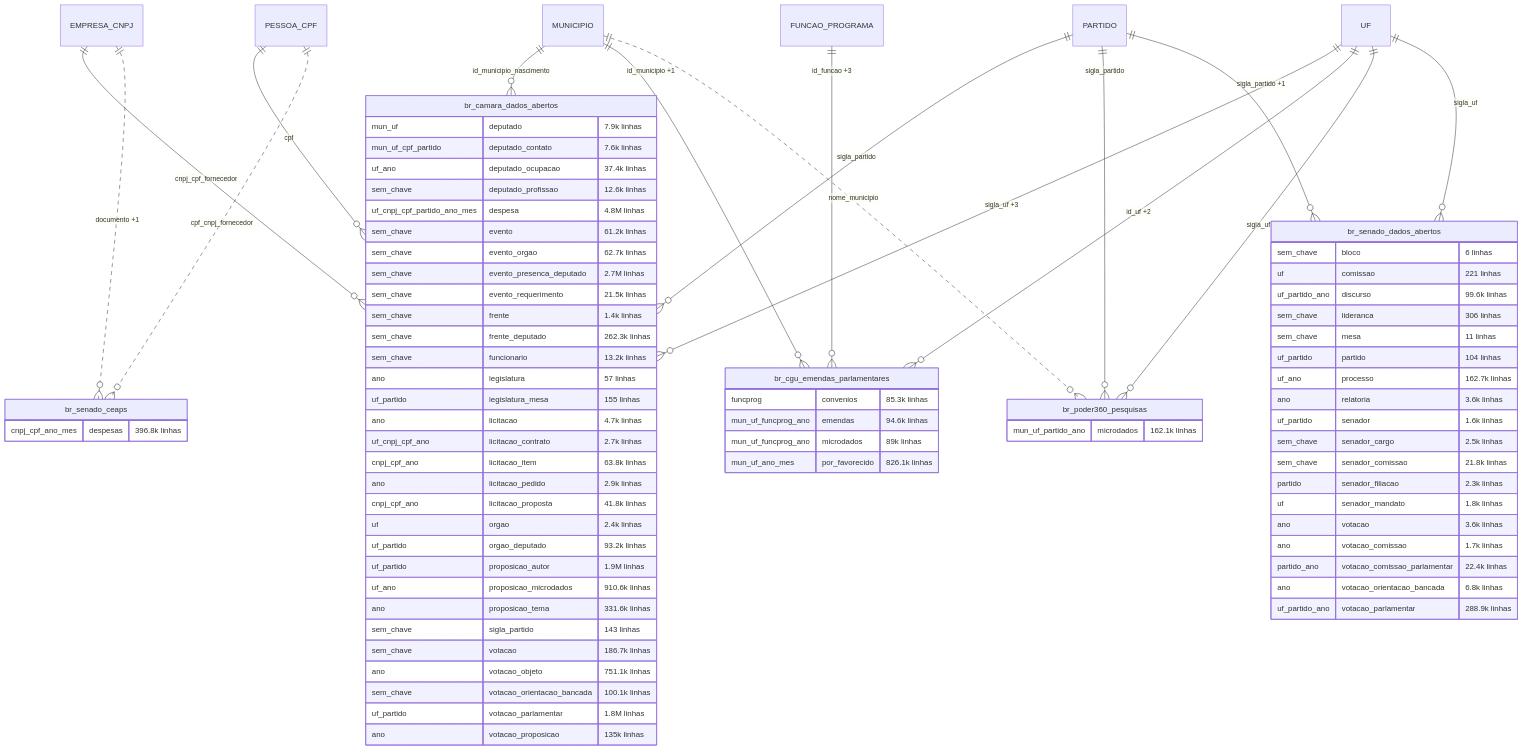
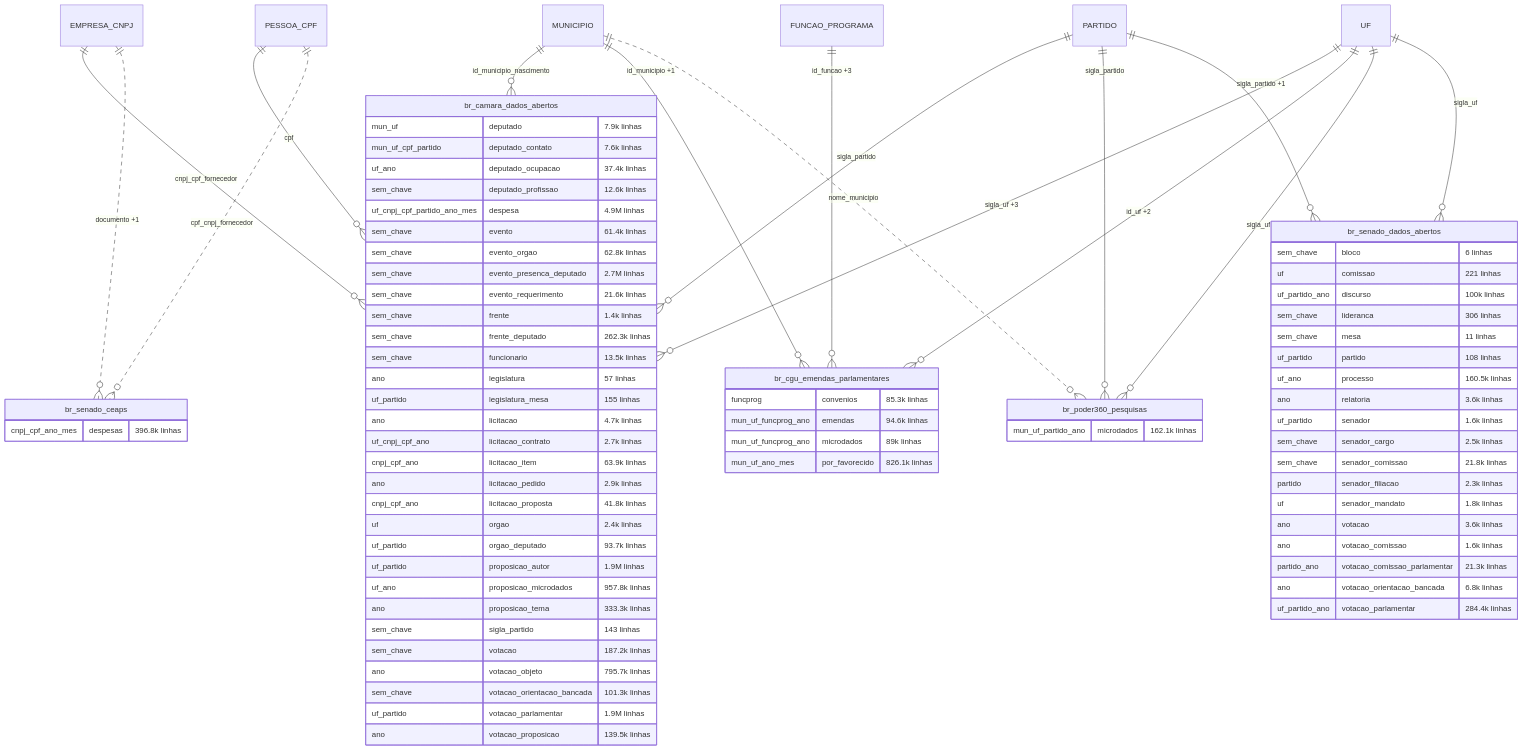
Diagram 17 of 30 in docs/mapa/ERD.md (rafapolo/rodado), drawn with Mermaid before and after one commit. The commit also changed other lines of this file and 7 other files, not shown here.

````diff
--- a/docs/mapa/ERD.md
+++ b/docs/mapa/ERD.md
@@ -1447,82 +1592,82 @@
 ```mermaid
 erDiagram
     EMPRESA_CNPJ ||--o{ br_camara_dados_abertos : "cnpj_cpf_fornecedor"
     MUNICIPIO ||--o{ br_camara_dados_abertos : "id_municipio_nascimento"
     PARTIDO ||--o{ br_camara_dados_abertos : "sigla_partido"
     PESSOA_CPF ||--o{ br_camara_dados_abertos : "cpf"
     UF ||--o{ br_camara_dados_abertos : "sigla_uf +3"
     FUNCAO_PROGRAMA ||--o{ br_cgu_emendas_parlamentares : "id_funcao +3"
     MUNICIPIO ||--o{ br_cgu_emendas_parlamentares : "id_municipio +1"
     UF ||--o{ br_cgu_emendas_parlamentares : "id_uf +2"
     MUNICIPIO ||..o{ br_poder360_pesquisas : "nome_municipio"
     PARTIDO ||--o{ br_poder360_pesquisas : "sigla_partido"
     UF ||--o{ br_poder360_pesquisas : "sigla_uf"
     EMPRESA_CNPJ ||..o{ br_senado_ceaps : "documento +1"
     PESSOA_CPF ||..o{ br_senado_ceaps : "cpf_cnpj_fornecedor"
     PARTIDO ||--o{ br_senado_dados_abertos : "sigla_partido +1"
     UF ||--o{ br_senado_dados_abertos : "sigla_uf"
     br_camara_dados_abertos {
         mun_uf deputado "7.9k linhas"
         mun_uf_cpf_partido deputado_contato "7.6k linhas"
         uf_ano deputado_ocupacao "37.4k linhas"
         sem_chave deputado_profissao "12.6k linhas"
-        uf_cnpj_cpf_partido_ano_mes despesa "4.8M linhas"
-        sem_chave evento "61.2k linhas"
-        sem_chave evento_orgao "62.7k linhas"
+        uf_cnpj_cpf_partido_ano_mes despesa "4.9M linhas"
+        sem_chave evento "61.4k linhas"
+        sem_chave evento_orgao "62.8k linhas"
         sem_chave evento_presenca_deputado "2.7M linhas"
-        sem_chave evento_requerimento "21.5k linhas"
+        sem_chave evento_requerimento "21.6k linhas"
         sem_chave frente "1.4k linhas"
         sem_chave frente_deputado "262.3k linhas"
-        sem_chave funcionario "13.2k linhas"
+        sem_chave funcionario "13.5k linhas"
         ano legislatura "57 linhas"
         uf_partido legislatura_mesa "155 linhas"
         ano licitacao "4.7k linhas"
         uf_cnpj_cpf_ano licitacao_contrato "2.7k linhas"
-        cnpj_cpf_ano licitacao_item "63.8k linhas"
+        cnpj_cpf_ano licitacao_item "63.9k linhas"
         ano licitacao_pedido "2.9k linhas"
         cnpj_cpf_ano licitacao_proposta "41.8k linhas"
         uf orgao "2.4k linhas"
-        uf_partido orgao_deputado "93.2k linhas"
+        uf_partido orgao_deputado "93.7k linhas"
         uf_partido proposicao_autor "1.9M linhas"
-        uf_ano proposicao_microdados "910.6k linhas"
-        ano proposicao_tema "331.6k linhas"
+        uf_ano proposicao_microdados "957.8k linhas"
+        ano proposicao_tema "333.3k linhas"
         sem_chave sigla_partido "143 linhas"
-        sem_chave votacao "186.7k linhas"
-        ano votacao_objeto "751.1k linhas"
-        sem_chave votacao_orientacao_bancada "100.1k linhas"
-        uf_partido votacao_parlamentar "1.8M linhas"
-        ano votacao_proposicao "135k linhas"
+        sem_chave votacao "187.2k linhas"
+        ano votacao_objeto "795.7k linhas"
+        sem_chave votacao_orientacao_bancada "101.3k linhas"
+        uf_partido votacao_parlamentar "1.9M linhas"
+        ano votacao_proposicao "139.5k linhas"
     }
     br_cgu_emendas_parlamentares {
         funcprog convenios "85.3k linhas"
         mun_uf_funcprog_ano emendas "94.6k linhas"
         mun_uf_funcprog_ano microdados "89k linhas"
         mun_uf_ano_mes por_favorecido "826.1k linhas"
     }
     br_poder360_pesquisas {
         mun_uf_partido_ano microdados "162.1k linhas"
     }
     br_senado_ceaps {
         cnpj_cpf_ano_mes despesas "396.8k linhas"
     }
     br_senado_dados_abertos {
         sem_chave bloco "6 linhas"
         uf comissao "221 linhas"
-        uf_partido_ano discurso "99.6k linhas"
+        uf_partido_ano discurso "100k linhas"
         sem_chave lideranca "306 linhas"
         sem_chave mesa "11 linhas"
-        uf_partido partido "104 linhas"
-        uf_ano processo "162.7k linhas"
+        uf_partido partido "108 linhas"
+        uf_ano processo "160.5k linhas"
         ano relatoria "3.6k linhas"
         uf_partido senador "1.6k linhas"
         sem_chave senador_cargo "2.5k linhas"
         sem_chave senador_comissao "21.8k linhas"
         partido senador_filiacao "2.3k linhas"
         uf senador_mandato "1.8k linhas"
         ano votacao "3.6k linhas"
-        ano votacao_comissao "1.7k linhas"
-        partido_ano votacao_comissao_parlamentar "22.4k linhas"
+        ano votacao_comissao "1.6k linhas"
+        partido_ano votacao_comissao_parlamentar "21.3k linhas"
         ano votacao_orientacao_bancada "6.8k linhas"
-        uf_partido_ano votacao_parlamentar "288.9k linhas"
+        uf_partido_ano votacao_parlamentar "284.4k linhas"
     }
 ```
````
